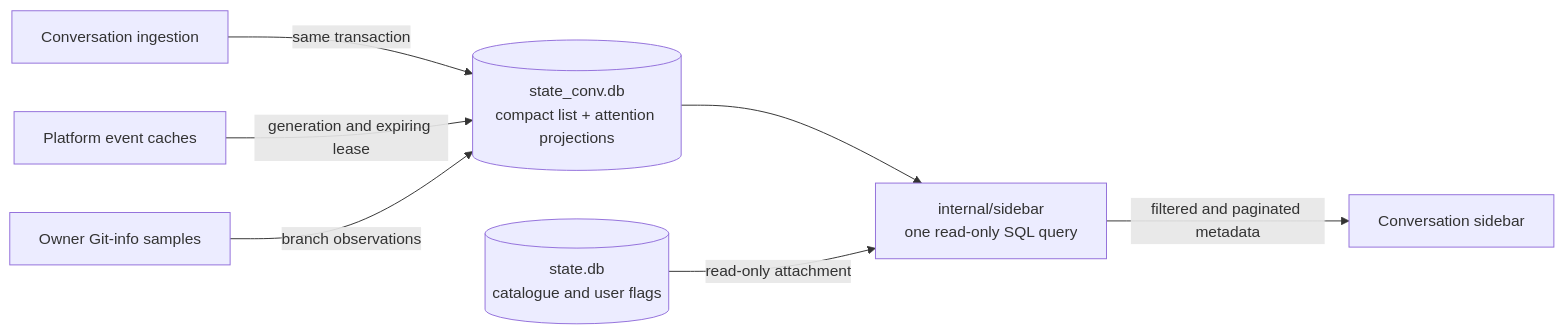
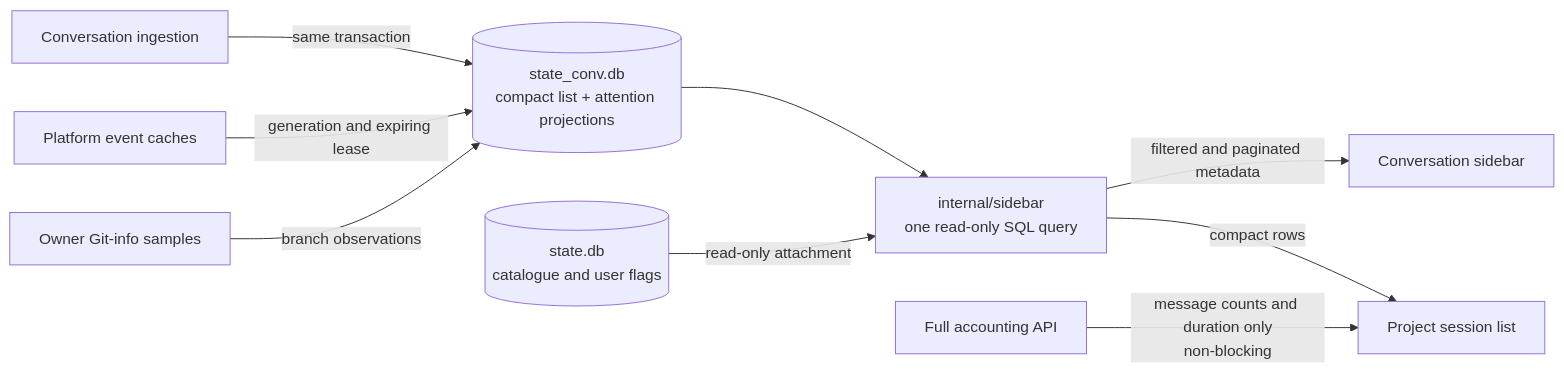
Before and after one commit to ocman/ocman: the sixth of 17 diagrams in docs/other/architecture.md, drawn with Mermaid. The commit also changed other lines of this file and 4 other files, not shown here.

Commit message:
fix: load project sessions without waiting for accounting

````diff
--- a/docs/other/architecture.md
+++ b/docs/other/architecture.md
@@ -563,9 +563,11 @@
 ```mermaid
 flowchart LR
     Import[Conversation ingestion] -->|same transaction| List[(state_conv.db<br/>compact list + attention projections)]
     Events[Platform event caches] -->|generation and expiring lease| List
     Git[Owner Git-info samples] -->|branch observations| List
     List --> Query[internal/sidebar<br/>one read-only SQL query]
     Core[(state.db<br/>catalogue and user flags)] -->|read-only attachment| Query
     Query -->|filtered and paginated metadata| UI[Conversation sidebar]
+    Query -->|compact rows| Project[Project session list]
+    Accounting[Full accounting API] -->|message counts and duration only<br/>non-blocking| Project
 ```
````
